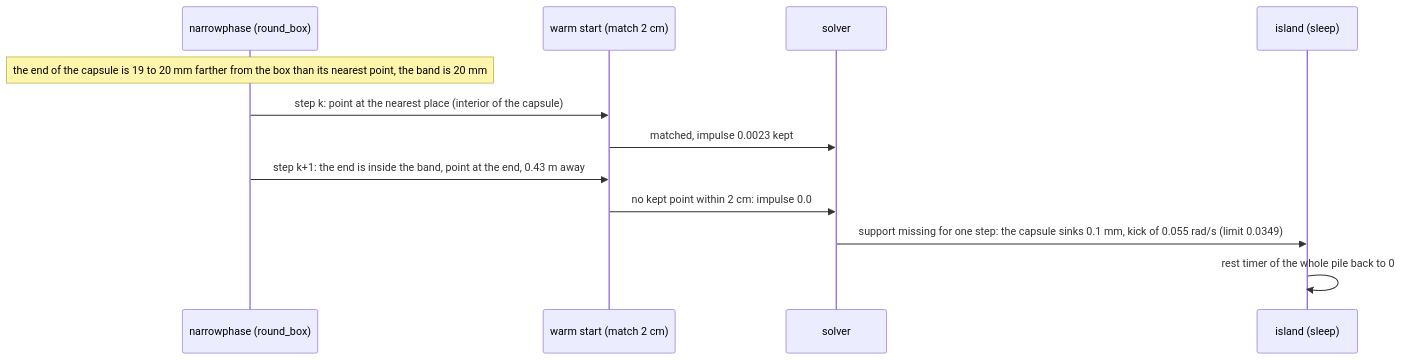
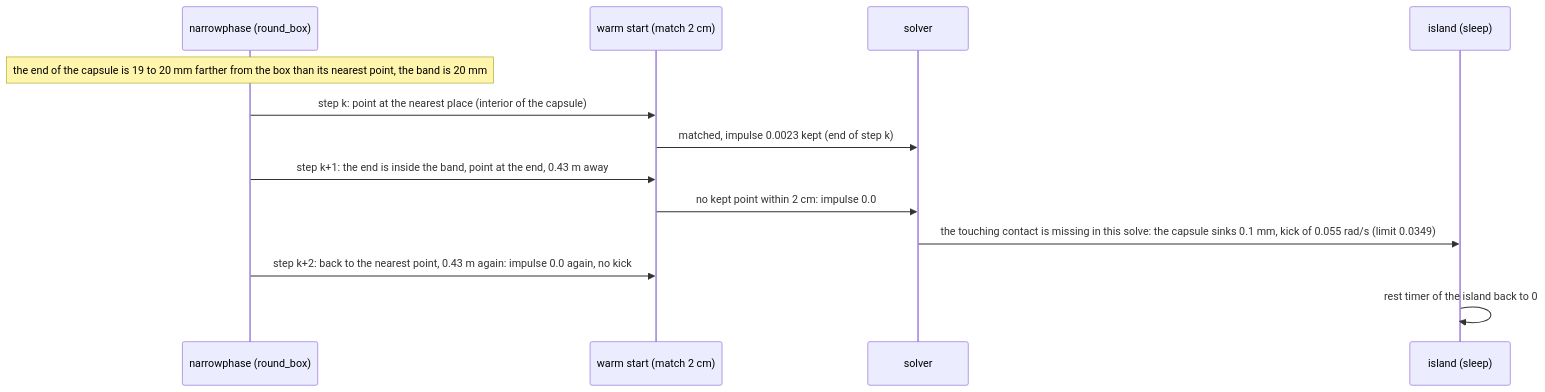
The diagram in reviews/9-7.md (giamat90/DuckEngine), drawn with Mermaid before and after one commit. The commit also changed other lines of this file and 1 other file, not shown here.

Commit message:
docs(physics): answer the review of 9-7 (kick direction, wording, numbers)

````diff
--- a/reviews/9-7.md
+++ b/reviews/9-7.md
@@ -5,14 +5,15 @@
 ```mermaid
 sequenceDiagram
   participant N as narrowphase (round_box)
   participant W as warm start (match 2 cm)
   participant S as solver
   participant I as island (sleep)
   Note over N: the end of the capsule is 19 to 20 mm farther from the box than its nearest point, the band is 20 mm
   N->>W: step k: point at the nearest place (interior of the capsule)
-  W->>S: matched, impulse 0.0023 kept
+  W->>S: matched, impulse 0.0023 kept (end of step k)
   N->>W: step k+1: the end is inside the band, point at the end, 0.43 m away
   W->>S: no kept point within 2 cm: impulse 0.0
-  S->>I: support missing for one step: the capsule sinks 0.1 mm, kick of 0.055 rad/s (limit 0.0349)
-  I->>I: rest timer of the whole pile back to 0
+  S->>I: the touching contact is missing in this solve: the capsule sinks 0.1 mm, kick of 0.055 rad/s (limit 0.0349)
+  N->>W: step k+2: back to the nearest point, 0.43 m again: impulse 0.0 again, no kick
+  I->>I: rest timer of the island back to 0
 ```
````
